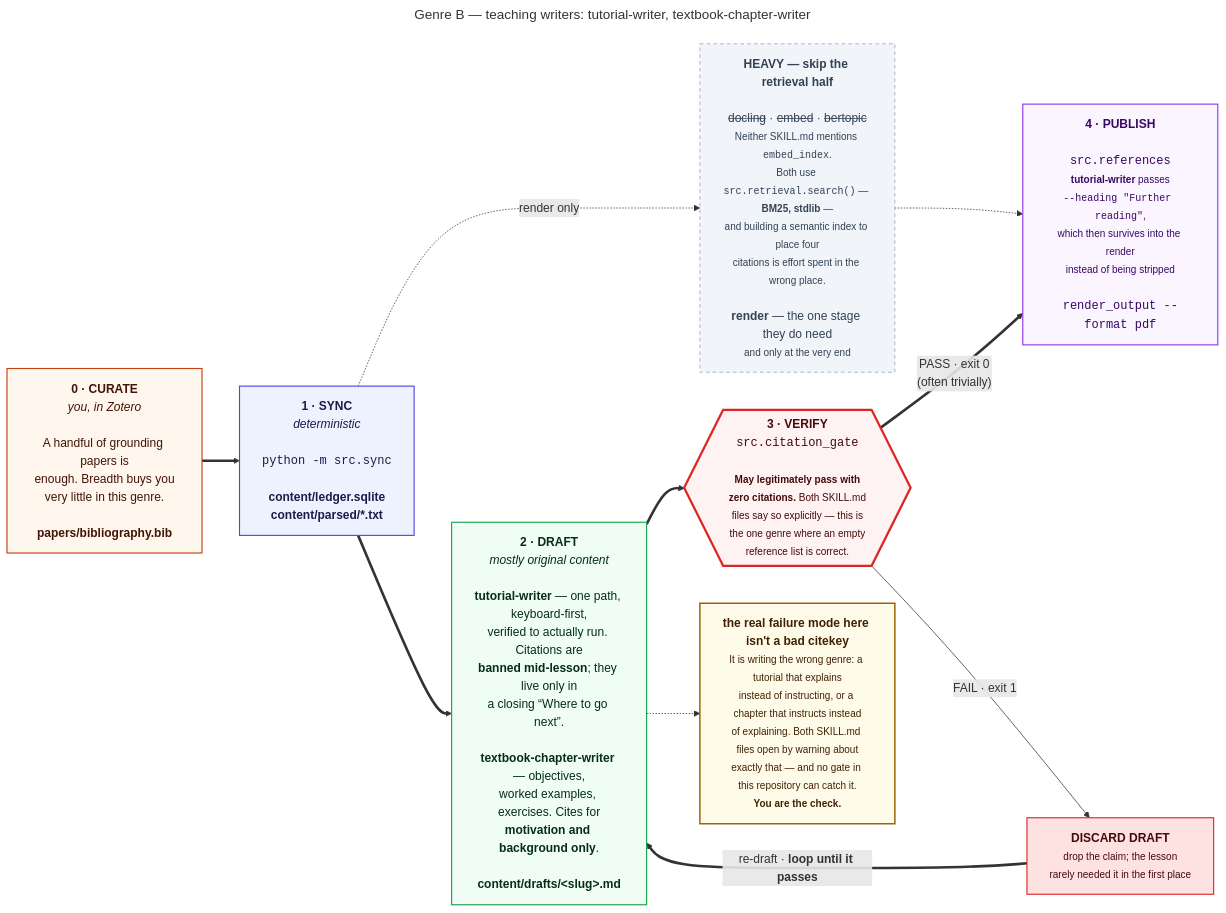
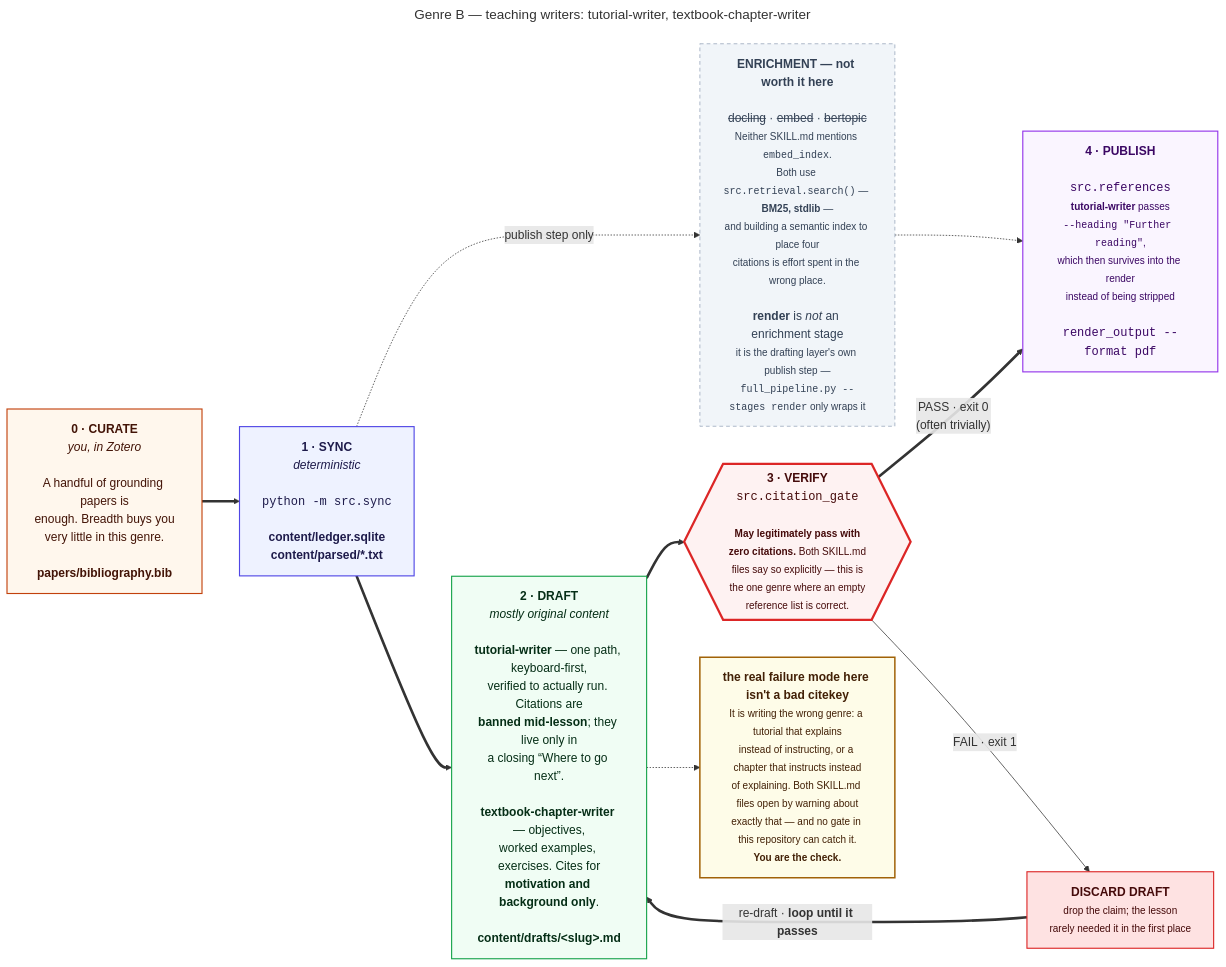
Before and after one commit to prasadtalasila/automated-research: the diagram in docs/diagrams/g2-teaching.mmd, drawn with Mermaid. The commit also changed 20 other files, not shown here.

First line of the commit message:
Regenerate the diagram exports, and put the overview figure in the README

```diff
--- a/docs/diagrams/g2-teaching.mmd
+++ b/docs/diagrams/g2-teaching.mmd
@@ -1,46 +1,46 @@
 ---
 title: "Genre B — teaching writers: tutorial-writer, textbook-chapter-writer"
 ---
 flowchart LR
 
   P0["<b>0 · CURATE</b><br/><i>you, in Zotero</i><br/><br/>A handful of grounding papers is<br/>enough. Breadth buys you<br/>very little in this genre.<br/><br/><b>papers/bibliography.bib</b>"]
 
   P1["<b>1 · SYNC</b><br/><i>deterministic</i><br/><br/><code>python -m src.sync</code><br/><br/><b>content/ledger.sqlite</b><br/><b>content/parsed/*.txt</b>"]
 
-  HEAVY["<b>HEAVY — skip the retrieval half</b><br/><br/><s>docling</s> · <s>embed</s> · <s>bertopic</s><br/><small>Neither SKILL.md mentions <code>embed_index</code>.<br/>Both use <code>src.retrieval.search()</code> — <b>BM25, stdlib</b> —<br/>and building a semantic index to place four<br/>citations is effort spent in the wrong place.</small><br/><br/><b>render</b> — the one stage they do need<br/><small>and only at the very end</small>"]
+  HEAVY["<b>ENRICHMENT — not worth it here</b><br/><br/><s>docling</s> · <s>embed</s> · <s>bertopic</s><br/><small>Neither SKILL.md mentions <code>embed_index</code>.<br/>Both use <code>src.retrieval.search()</code> — <b>BM25, stdlib</b> —<br/>and building a semantic index to place four<br/>citations is effort spent in the wrong place.</small><br/><br/><b>render</b> is <i>not</i> an enrichment stage<br/><small>it is the drafting layer's own publish step —<br/><code>full_pipeline.py --stages render</code> only wraps it</small>"]
 
   P2["<b>2 · DRAFT</b><br/><i>mostly original content</i><br/><br/><b>tutorial-writer</b> — one path, keyboard-first,<br/>verified to actually run. Citations are<br/><b>banned mid-lesson</b>; they live only in<br/>a closing “Where to go next”.<br/><br/><b>textbook-chapter-writer</b> — objectives,<br/>worked examples, exercises. Cites for<br/><b>motivation and background only</b>.<br/><br/><b>content/drafts/&lt;slug&gt;.md</b>"]
 
   P3{{"<b>3 · VERIFY</b><br/><code>src.citation_gate</code><br/><br/><small><b>May legitimately pass with<br/>zero citations.</b> Both SKILL.md<br/>files say so explicitly — this is<br/>the one genre where an empty<br/>reference list is correct.</small>"}}
 
   FIX["<b>DISCARD DRAFT</b><br/><small>drop the claim; the lesson<br/>rarely needed it in the first place</small>"]
 
   P4["<b>4 · PUBLISH</b><br/><br/><code>src.references</code><br/><small><b>tutorial-writer</b> passes<br/><code>--heading &quot;Further reading&quot;</code>,<br/>which then survives into the render<br/>instead of being stripped</small><br/><br/><code>render_output --format pdf</code>"]
 
   RISK["<b>the real failure mode here isn't a bad citekey</b><br/><small>It is writing the wrong genre: a tutorial that explains<br/>instead of instructing, or a chapter that instructs instead<br/>of explaining. Both SKILL.md files open by warning about<br/>exactly that — and no gate in this repository can catch it.<br/><b>You are the check.</b></small>"]
 
   P0 ==> P1 ==> P2 ==> P3
-  P1 -. "render only" .-> HEAVY
+  P1 -. "publish step only" .-> HEAVY
   HEAVY -.-> P4
   P3 == "PASS · exit 0<br/>(often trivially)" ==> P4
   P3 -- "FAIL · exit 1" --> FIX
   FIX == "re-draft · <b>loop until it passes</b>" ==> P2
   P2 -.-> RISK
 
   classDef you fill:#fff7ed,stroke:#c2410c,stroke-width:1.5px,color:#431407
   classDef det fill:#eef2ff,stroke:#4f46e5,stroke-width:1.5px,color:#1e1b4b
   classDef gen fill:#f0fdf4,stroke:#16a34a,stroke-width:1.5px,color:#052e16
   classDef gate fill:#fef2f2,stroke:#dc2626,stroke-width:3px,color:#450a0a
   classDef out fill:#faf5ff,stroke:#9333ea,stroke-width:1.5px,color:#3b0764
   classDef bad fill:#fee2e2,stroke:#dc2626,stroke-width:1.5px,color:#450a0a
   classDef off fill:#f1f5f9,stroke:#94a3b8,stroke-dasharray:5 4,color:#334155
   classDef risk fill:#fefce8,stroke:#a16207,stroke-width:2px,color:#422006
 
   class P0 you
   class P1 det
   class P2 gen
   class P3 gate
   class P4 out
   class FIX bad
   class HEAVY off
   class RISK risk
```
